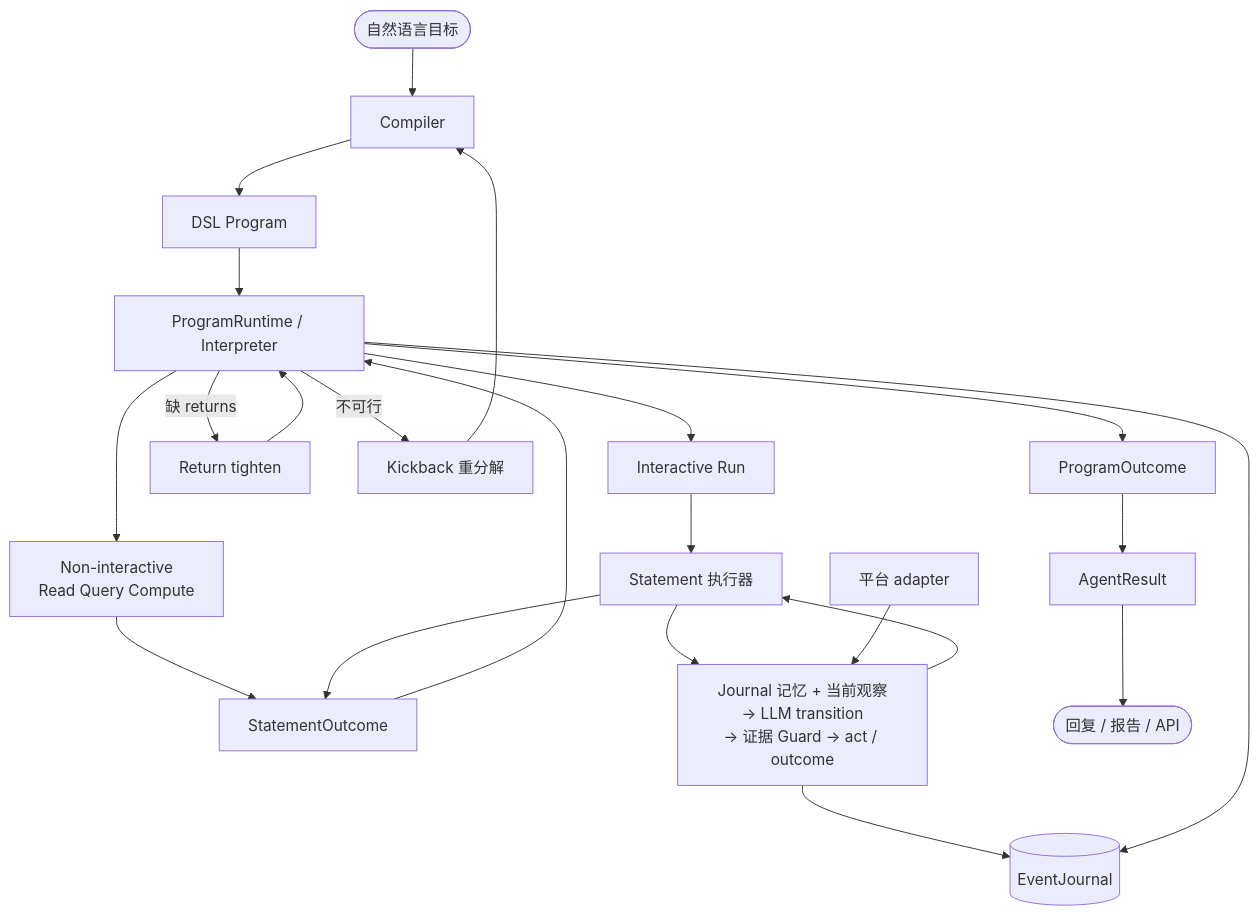
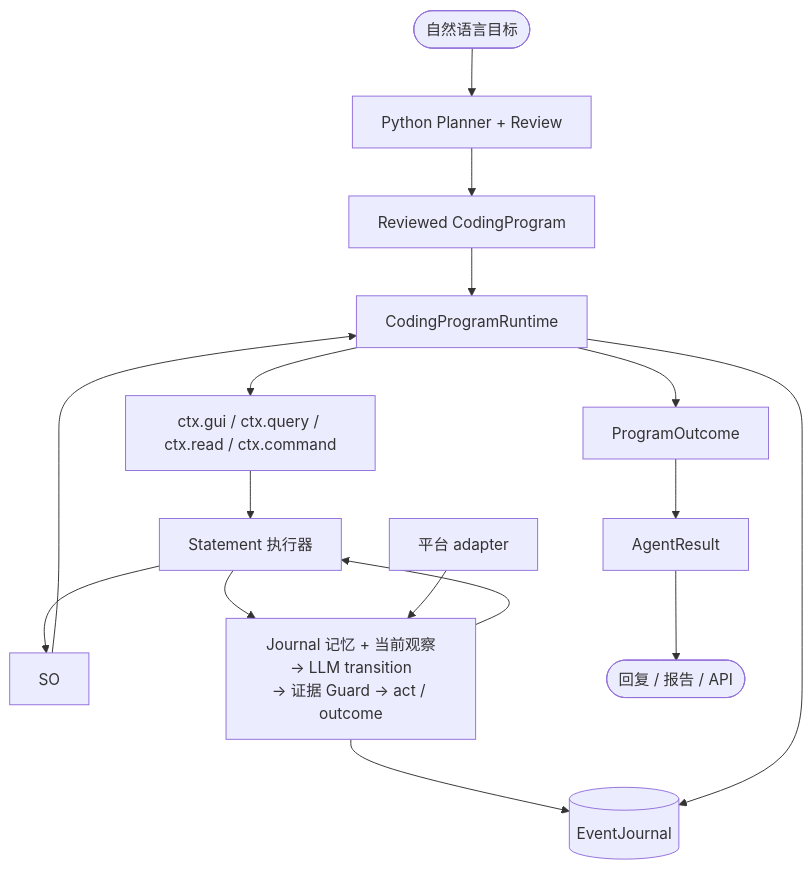
The diagram in README.zh-CN.md (hyechow/GUIWeave), drawn with Mermaid before and after one commit. The commit also changed other lines of this file and 13 other files, not shown here.

````diff
--- a/README.zh-CN.md
+++ b/README.zh-CN.md
@@ -67,29 +73,22 @@
 ```mermaid
 flowchart TD
-    Goal([自然语言目标]) --> Compiler[Compiler]
-    Compiler --> Prog[DSL Program]
-    Prog --> RT[ProgramRuntime / Interpreter]
+    Goal([自然语言目标]) --> Planner[Python Planner + Review]
+    Planner --> Prog[Reviewed CodingProgram]
+    Prog --> RT[CodingProgramRuntime]
 
-    RT --> Imm[Non-interactive\nRead Query Compute]
-    RT --> Run[Interactive Run]
-    Imm --> SO[StatementOutcome]
-    Run --> SE[Statement 执行器]
+    RT --> API[ctx.gui / ctx.query / ctx.read / ctx.command]
+    API --> SE[Statement 执行器]
     SE --> SO
     SO --> RT
-
-    RT -->|缺 returns| Tight[Return tighten]
-    RT -->|不可行| Kick[Kickback 重分解]
-    Tight --> RT
-    Kick --> Compiler
 
     SE --> Loop[Journal 记忆 + 当前观察<br/>→ LLM transition<br/>→ 证据 Guard → act / outcome]
     Loop --> SE
     Loop --> Journal[(EventJournal)]
     RT --> Journal
 
     RT --> PO[ProgramOutcome]
     PO --> AR[AgentResult]
     AR --> Out([回复 / 报告 / API])
 
     Plat[平台 adapter] --> Loop
 ```
````
